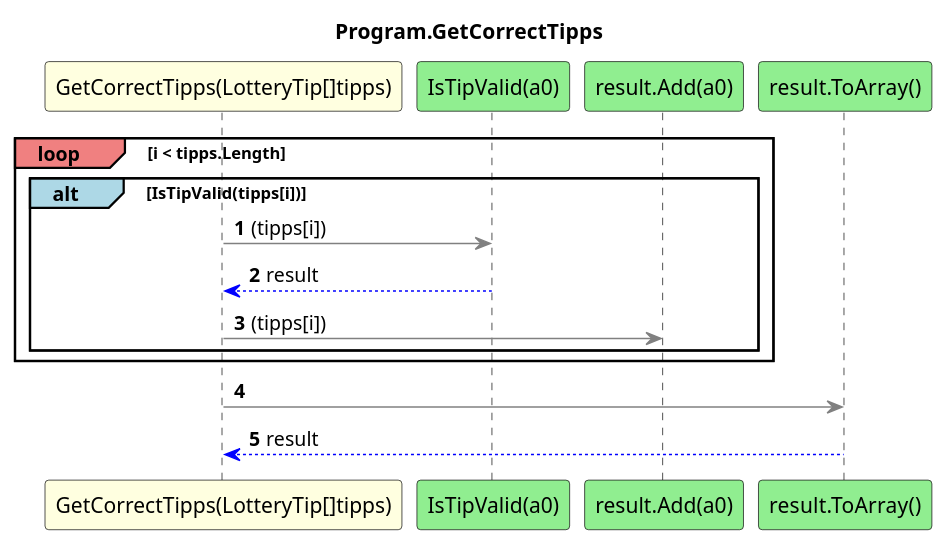
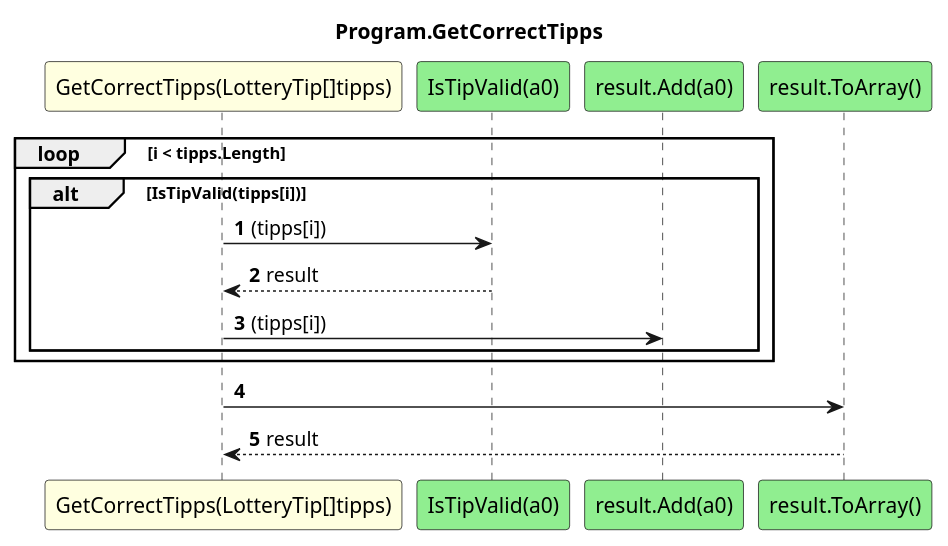
Before and after one commit to leoggehrer/2324-34_ABIF_ACIF_POSE: the diagram in LotteryChecker.ConApp/diagrams/sq_Program_GetCorrectTipps.puml, drawn with PlantUML. The commit also changed 9 other files, not shown here.

```diff
--- a/LotteryChecker.ConApp/diagrams/sq_Program_GetCorrectTipps.puml
+++ b/LotteryChecker.ConApp/diagrams/sq_Program_GetCorrectTipps.puml
@@ -1,17 +1,17 @@
 @startuml Program.GetCorrectTipps
 title Program.GetCorrectTipps
 participant "GetCorrectTipps(LotteryTip[]tipps)" as GetCorrectTipps_p0 #LightYellow
 participant "IsTipValid(a0)" as IsTipValid_a0 #LightGreen
 participant "result.Add(a0)" as result_Add_a0 #LightGreen
 participant "result.ToArray()" as result_ToArray #LightGreen
 autonumber
-loop#LightCoral i < tipps.Length
-    alt#LightBlue IsTipValid(tipps[i])
-        GetCorrectTipps_p0 -[#grey]> IsTipValid_a0 : (tipps[i])
-        IsTipValid_a0 -[#blue]-> GetCorrectTipps_p0 : result
-        GetCorrectTipps_p0 -[#grey]> result_Add_a0 : (tipps[i])
+loop i < tipps.Length
+    alt IsTipValid(tipps[i])
+        GetCorrectTipps_p0 -> IsTipValid_a0 : (tipps[i])
+        IsTipValid_a0 --> GetCorrectTipps_p0 : result
+        GetCorrectTipps_p0 -> result_Add_a0 : (tipps[i])
     end
 end
-GetCorrectTipps_p0 -[#grey]> result_ToArray
-result_ToArray -[#blue]-> GetCorrectTipps_p0 : result
+GetCorrectTipps_p0 -> result_ToArray
+result_ToArray --> GetCorrectTipps_p0 : result
 @enduml
```
